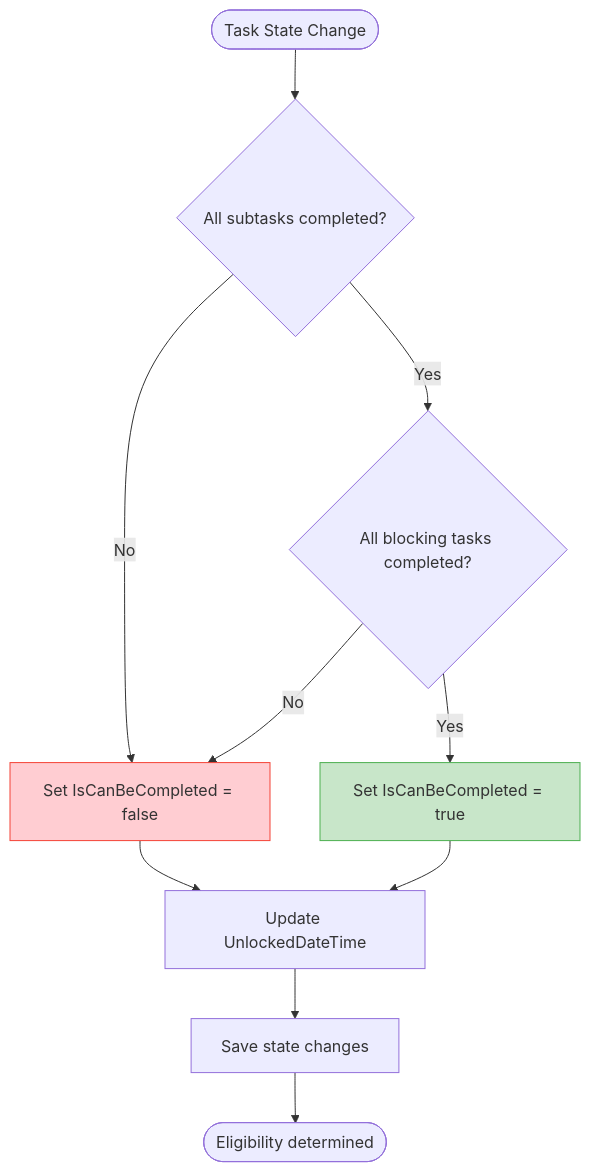
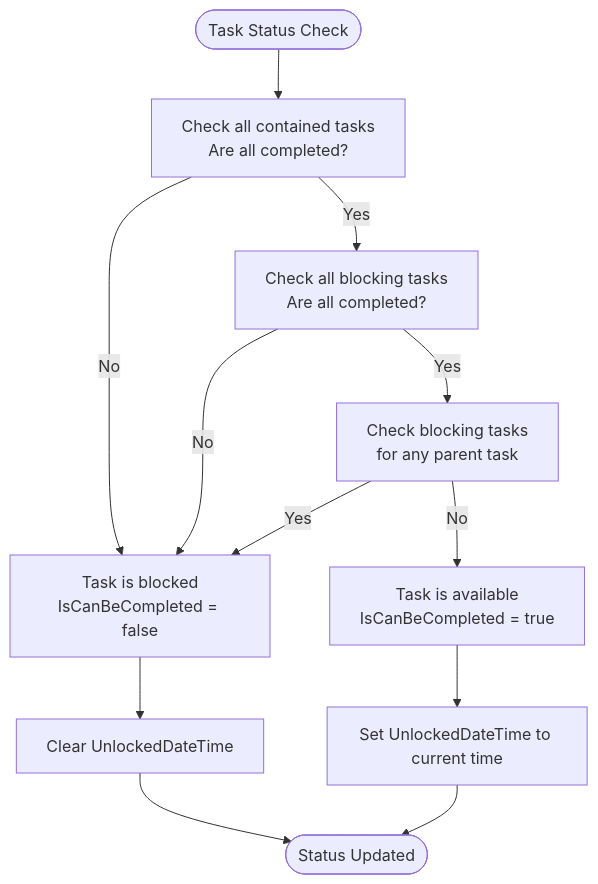
One commit to Kibnet/Unlimotion changed the second of 2 diagrams in .qoder/repowiki/en/content/Core Features/Core Features.md. Above: the diagram before and after it, drawn with Mermaid. The commit also changed other lines of this file and 216 other files, not shown here.

````diff
--- a/.qoder/repowiki/en/content/Core Features/Core Features.md
+++ b/.qoder/repowiki/en/content/Core Features/Core Features.md
@@ -292,14 +118,14 @@
 ```mermaid
 flowchart TD
-Start([Task State Change]) --> CheckSubtasks{"All subtasks completed?"}
-CheckSubtasks --> |No| CannotComplete["Set IsCanBeCompleted = false"]
-CheckSubtasks --> |Yes| CheckBlocked{"All blocking tasks completed?"}
-CheckBlocked --> |No| CannotComplete
-CheckBlocked --> |Yes| CanComplete["Set IsCanBeCompleted = true"]
-CanComplete --> UpdateStatus["Update UnlockedDateTime"]
-CannotComplete --> UpdateStatus
-UpdateStatus --> Persist["Save state changes"]
-Persist --> Complete([Eligibility determined])
-style CanComplete fill:#c8e6c9,stroke:#4caf50
-style CannotComplete fill:#ffcdd2,stroke:#f44336
+Start([Task Status Check]) --> CheckChildren["Check all contained tasks<br/>Are all completed?"]
+CheckChildren --> |No| Blocked["Task is blocked<br/>IsCanBeCompleted = false"]
+CheckChildren --> |Yes| CheckBlockers["Check all blocking tasks<br/>Are all completed?"]
+CheckBlockers --> |No| Blocked
+CheckBlockers --> |Yes| CheckParentBlockers["Check blocking tasks<br/>for any parent task"]
+CheckParentBlockers --> |No| Available["Task is available<br/>IsCanBeCompleted = true"]
+CheckParentBlockers --> |Yes| Blocked
+Blocked --> SetUnlockedNull["Clear UnlockedDateTime"]
+Available --> SetUnlockedNow["Set UnlockedDateTime to current time"]
+SetUnlockedNull --> End([Status Updated])
+SetUnlockedNow --> End
 ```
````
